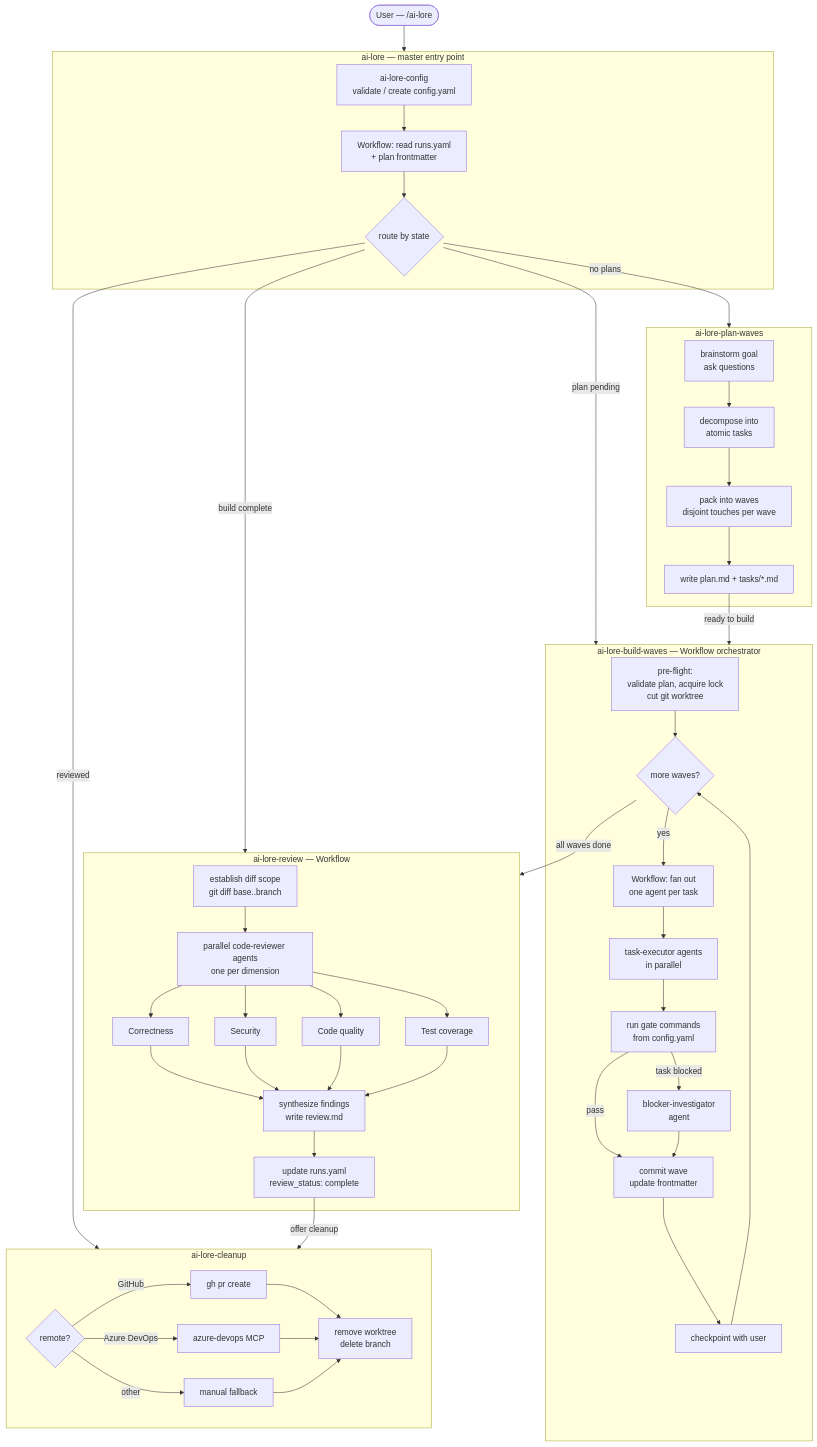
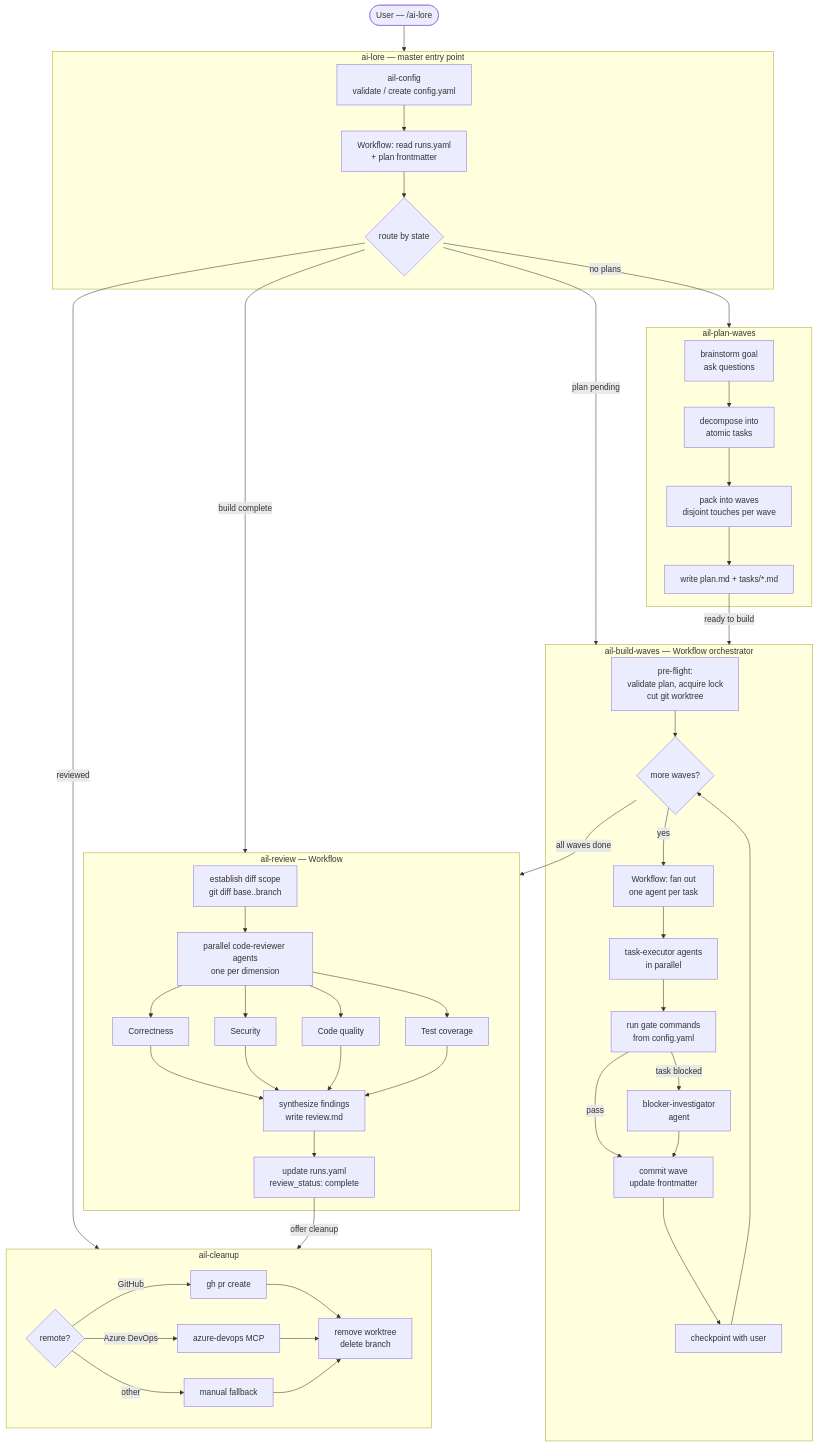
The diagram in README.md (davidboothe/ai-lore), drawn with Mermaid before and after one commit. The commit also changed other lines of this file and 21 other files, not shown here.

Commit message:
rename `ai-lore-*` skills to use `ail-*` prefix across all files, templates, and documentation

````diff
--- a/README.md
+++ b/README.md
@@ -125,67 +125,67 @@
 ```mermaid
 flowchart TD
     User(["User — /ai-lore"]) --> AiLoreEntry
 
     subgraph AiLoreEntry ["ai-lore — master entry point"]
-        Config["ai-lore-config\nvalidate / create config.yaml"]
+        Config["ail-config\nvalidate / create config.yaml"]
         StateCheck["Workflow: read runs.yaml\n+ plan frontmatter"]
         Menu{"route by state"}
         Config --> StateCheck --> Menu
     end
 
     Menu -->|"no plans"| PlanWaves
     Menu -->|"plan pending"| BuildWaves
     Menu -->|"build complete"| Review
     Menu -->|"reviewed"| Cleanup
 
-    subgraph PlanWaves ["ai-lore-plan-waves"]
+    subgraph PlanWaves ["ail-plan-waves"]
         Brainstorm["brainstorm goal\nask questions"]
         Decompose["decompose into\natomic tasks"]
         Pack["pack into waves\ndisjoint touches per wave"]
         WritePlan["write plan.md + tasks/*.md"]
         Brainstorm --> Decompose --> Pack --> WritePlan
     end
 
-    subgraph BuildWaves ["ai-lore-build-waves — Workflow orchestrator"]
+    subgraph BuildWaves ["ail-build-waves — Workflow orchestrator"]
         Preflight["pre-flight:\nvalidate plan, acquire lock\ncut git worktree"]
         WaveQ{"more waves?"}
         WF["Workflow: fan out\none agent per task"]
         Agents["task-executor agents\nin parallel"]
         Gate["run gate commands\nfrom config.yaml"]
         Commit["commit wave\nupdate frontmatter"]
         Checkpoint["checkpoint with user"]
         Preflight --> WaveQ
         WaveQ -->|"yes"| WF --> Agents --> Gate
         Gate -->|"pass"| Commit --> Checkpoint --> WaveQ
         Gate -->|"task blocked"| Investigate["blocker-investigator\nagent"] --> Commit
     end
 
-    subgraph Review ["ai-lore-review — Workflow"]
+    subgraph Review ["ail-review — Workflow"]
         Diff["establish diff scope\ngit diff base..branch"]
         DimAgents["parallel code-reviewer agents\none per dimension"]
         Correctness["Correctness"]
         Security["Security"]
         Quality["Code quality"]
         TestCov["Test coverage"]
         Synth["synthesize findings\nwrite review.md"]
         UpdateRegistry["update runs.yaml\nreview_status: complete"]
         Diff --> DimAgents
         DimAgents --> Correctness & Security & Quality & TestCov --> Synth --> UpdateRegistry
     end
 
-    subgraph Cleanup ["ai-lore-cleanup"]
+    subgraph Cleanup ["ail-cleanup"]
         RemoteQ{"remote?"}
         GH["gh pr create"]
         ADO["azure-devops MCP"]
         Fallback["manual fallback"]
         Teardown["remove worktree\ndelete branch"]
         RemoteQ -->|"GitHub"| GH
         RemoteQ -->|"Azure DevOps"| ADO
         RemoteQ -->|"other"| Fallback
         GH & ADO & Fallback --> Teardown
     end
 
     WritePlan -->|"ready to build"| BuildWaves
     WaveQ -->|"all waves done"| Review
     UpdateRegistry -->|"offer cleanup"| Cleanup
 ```
````
